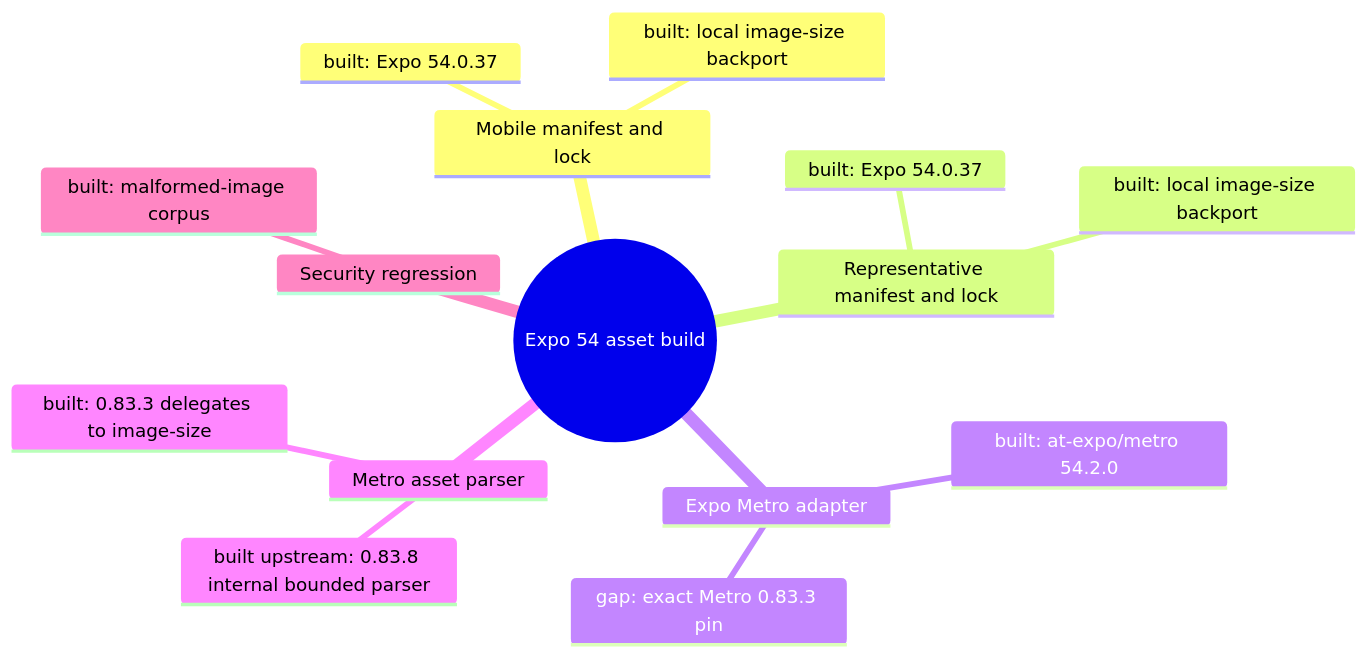
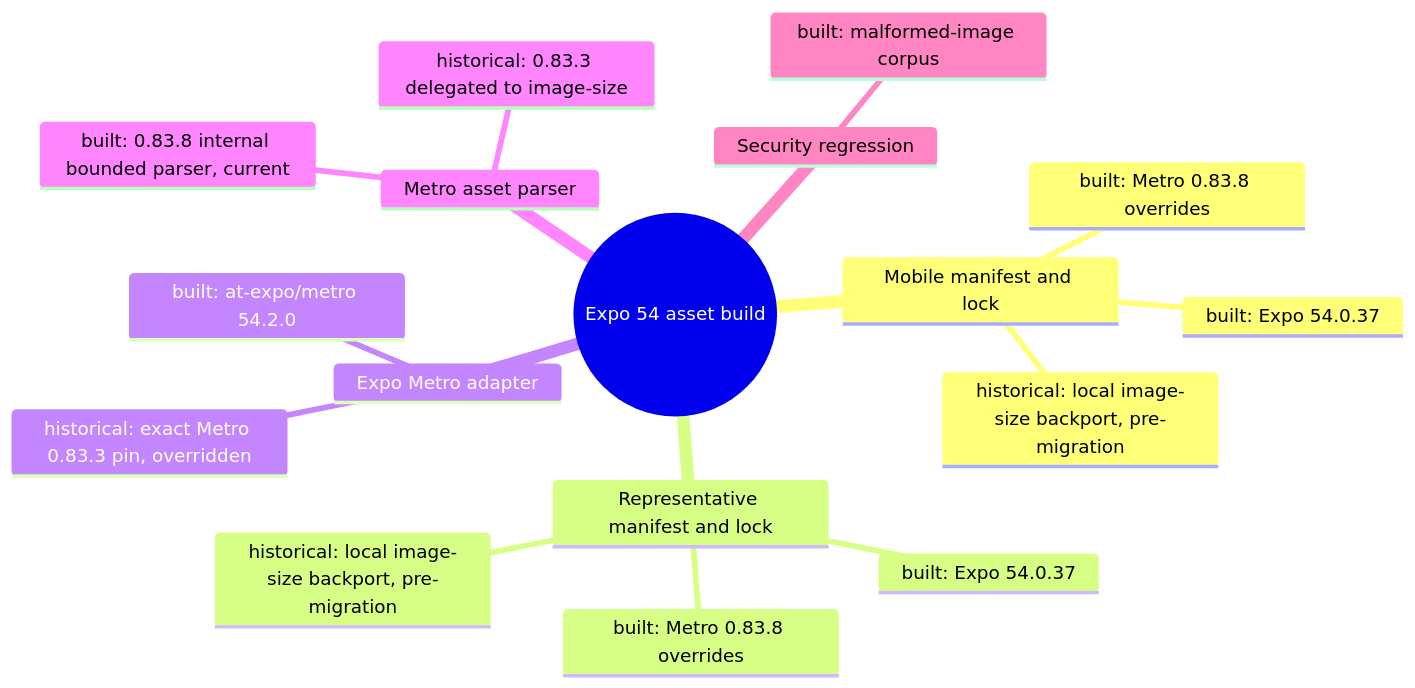
Diagram 11 of 11 in docs/architecture/MAP.md (NeaBouli/pnyx), drawn with Mermaid before and after one commit. The commit also changed other lines of this file and 2 other files, not shown here.

Commit message:
docs(map): EKA-29 marks the image-size backport as pre-migration, validation = tests + Android export (CodeRabbit #404)

````diff
--- a/docs/architecture/MAP.md
+++ b/docs/architecture/MAP.md
@@ -1563,18 +1563,20 @@
 ```mermaid
 mindmap
   root((Expo 54 asset build))
     Mobile manifest and lock
       built: Expo 54.0.37
-      built: local image-size backport
+      built: Metro 0.83.8 overrides
+      historical: local image-size backport, pre-migration
     Representative manifest and lock
       built: Expo 54.0.37
-      built: local image-size backport
+      built: Metro 0.83.8 overrides
+      historical: local image-size backport, pre-migration
     Expo Metro adapter
       built: at-expo/metro 54.2.0
-      gap: exact Metro 0.83.3 pin
+      historical: exact Metro 0.83.3 pin, overridden
     Metro asset parser
-      built: 0.83.3 delegates to image-size
-      built upstream: 0.83.8 internal bounded parser
+      built: 0.83.8 internal bounded parser, current
+      historical: 0.83.3 delegated to image-size
     Security regression
       built: malformed-image corpus
 ```
````
